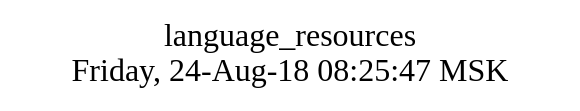
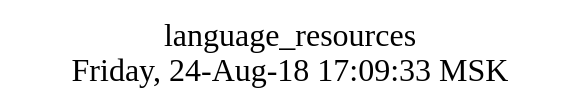
One commit to AlexZeDim/apps changed the diagram in src/language_resources/struct.dot. Above: the diagram before and after it, drawn with Graphviz. The commit also changed 20 other files, not shown here.

```diff
--- a/src/language_resources/struct.dot
+++ b/src/language_resources/struct.dot
@@ -1,10 +1,10 @@
 digraph G {
 graph [
   fontsize="24";
-  label="language_resources\nFriday, 24-Aug-18 08:25:47 MSK";
+  label="language_resources\nFriday, 24-Aug-18 17:09:33 MSK";
   nojustify=true;
   ordering=out;
   rankdir=LR;
   size="30";
 ];
 }
```
